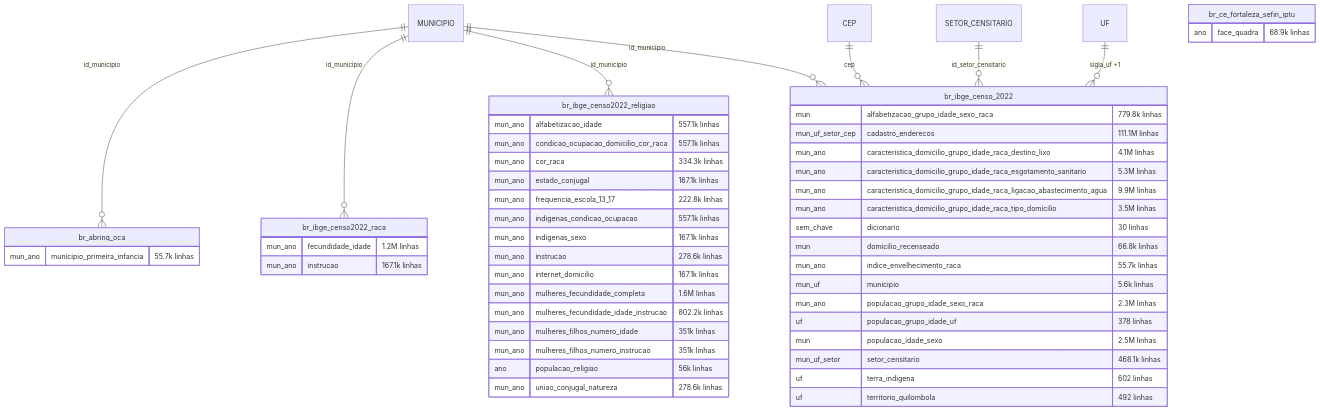
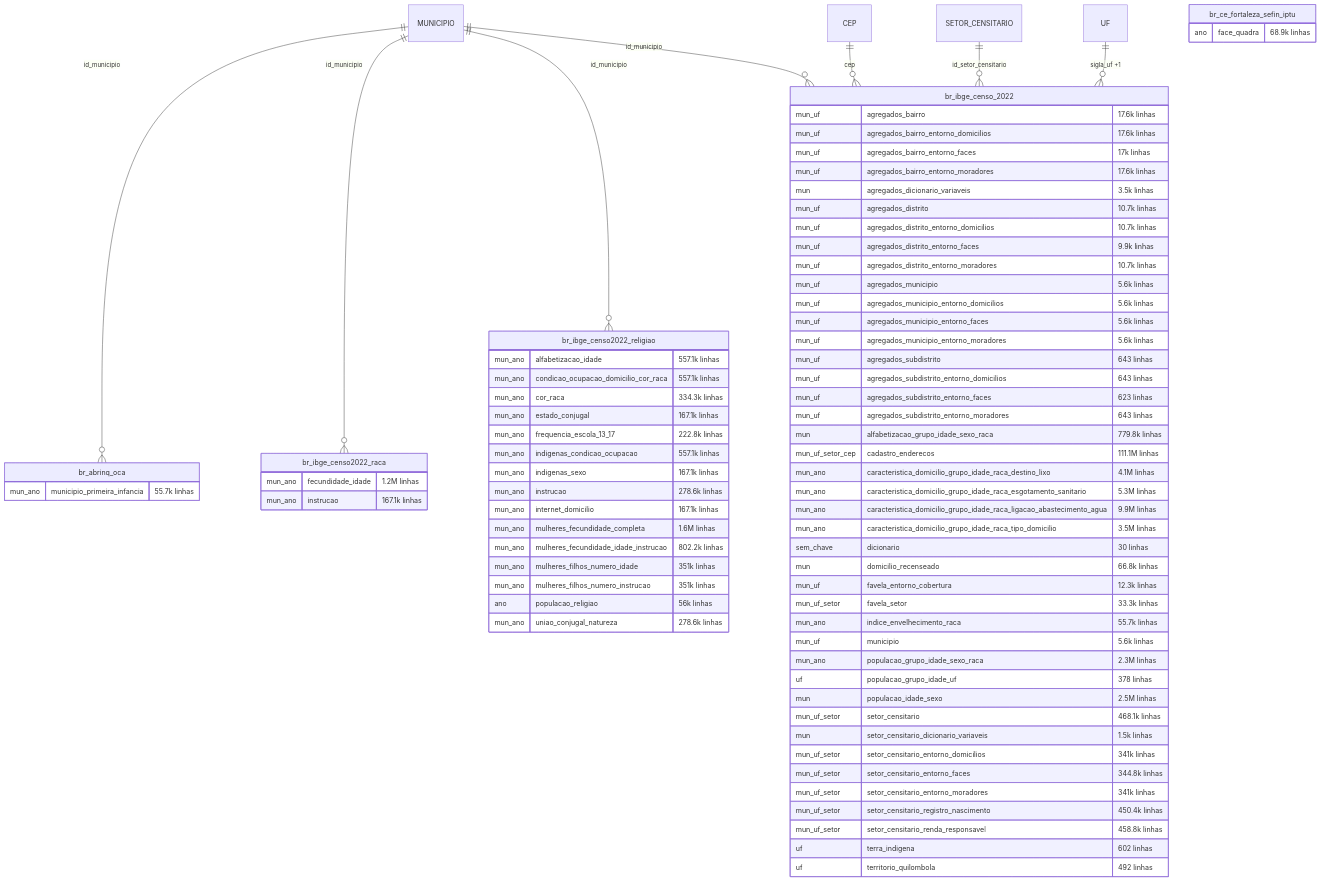
One commit to rafapolo/rodado changed diagram 24 of 30 in docs/mapa/ERD.md. Above: the diagram before and after it, drawn with Mermaid. The commit also changed other lines of this file and 7 other files, not shown here.

````diff
--- a/docs/mapa/ERD.md
+++ b/docs/mapa/ERD.md
@@ -2043,55 +2188,80 @@
 ```mermaid
 erDiagram
     MUNICIPIO ||--o{ br_abrinq_oca : "id_municipio"
     MUNICIPIO ||--o{ br_ibge_censo2022_raca : "id_municipio"
     MUNICIPIO ||--o{ br_ibge_censo2022_religiao : "id_municipio"
     CEP ||--o{ br_ibge_censo_2022 : "cep"
     MUNICIPIO ||--o{ br_ibge_censo_2022 : "id_municipio"
     SETOR_CENSITARIO ||--o{ br_ibge_censo_2022 : "id_setor_censitario"
     UF ||--o{ br_ibge_censo_2022 : "sigla_uf +1"
     br_abrinq_oca {
         mun_ano municipio_primeira_infancia "55.7k linhas"
     }
     br_ce_fortaleza_sefin_iptu {
         ano face_quadra "68.9k linhas"
     }
     br_ibge_censo2022_raca {
         mun_ano fecundidade_idade "1.2M linhas"
         mun_ano instrucao "167.1k linhas"
     }
     br_ibge_censo2022_religiao {
         mun_ano alfabetizacao_idade "557.1k linhas"
         mun_ano condicao_ocupacao_domicilio_cor_raca "557.1k linhas"
         mun_ano cor_raca "334.3k linhas"
         mun_ano estado_conjugal "167.1k linhas"
         mun_ano frequencia_escola_13_17 "222.8k linhas"
         mun_ano indigenas_condicao_ocupacao "557.1k linhas"
         mun_ano indigenas_sexo "167.1k linhas"
         mun_ano instrucao "278.6k linhas"
         mun_ano internet_domicilio "167.1k linhas"
         mun_ano mulheres_fecundidade_completa "1.6M linhas"
         mun_ano mulheres_fecundidade_idade_instrucao "802.2k linhas"
         mun_ano mulheres_filhos_numero_idade "351k linhas"
         mun_ano mulheres_filhos_numero_instrucao "351k linhas"
         ano populacao_religiao "56k linhas"
         mun_ano uniao_conjugal_natureza "278.6k linhas"
     }
     br_ibge_censo_2022 {
+        mun_uf agregados_bairro "17.6k linhas"
+        mun_uf agregados_bairro_entorno_domicilios "17.6k linhas"
+        mun_uf agregados_bairro_entorno_faces "17k linhas"
+        mun_uf agregados_bairro_entorno_moradores "17.6k linhas"
+        mun agregados_dicionario_variaveis "3.5k linhas"
+        mun_uf agregados_distrito "10.7k linhas"
+        mun_uf agregados_distrito_entorno_domicilios "10.7k linhas"
+        mun_uf agregados_distrito_entorno_faces "9.9k linhas"
+        mun_uf agregados_distrito_entorno_moradores "10.7k linhas"
+        mun_uf agregados_municipio "5.6k linhas"
+        mun_uf agregados_municipio_entorno_domicilios "5.6k linhas"
+        mun_uf agregados_municipio_entorno_faces "5.6k linhas"
+        mun_uf agregados_municipio_entorno_moradores "5.6k linhas"
+        mun_uf agregados_subdistrito "643 linhas"
+        mun_uf agregados_subdistrito_entorno_domicilios "643 linhas"
+        mun_uf agregados_subdistrito_entorno_faces "623 linhas"
+        mun_uf agregados_subdistrito_entorno_moradores "643 linhas"
         mun alfabetizacao_grupo_idade_sexo_raca "779.8k linhas"
         mun_uf_setor_cep cadastro_enderecos "111.1M linhas"
         mun_ano caracteristica_domicilio_grupo_idade_raca_destino_lixo "4.1M linhas"
         mun_ano caracteristica_domicilio_grupo_idade_raca_esgotamento_sanitario "5.3M linhas"
         mun_ano caracteristica_domicilio_grupo_idade_raca_ligacao_abastecimento_agua "9.9M linhas"
         mun_ano caracteristica_domicilio_grupo_idade_raca_tipo_domicilio "3.5M linhas"
         sem_chave dicionario "30 linhas"
         mun domicilio_recenseado "66.8k linhas"
+        mun_uf favela_entorno_cobertura "12.3k linhas"
+        mun_uf_setor favela_setor "33.3k linhas"
         mun_ano indice_envelhecimento_raca "55.7k linhas"
         mun_uf municipio "5.6k linhas"
         mun_ano populacao_grupo_idade_sexo_raca "2.3M linhas"
         uf populacao_grupo_idade_uf "378 linhas"
         mun populacao_idade_sexo "2.5M linhas"
         mun_uf_setor setor_censitario "468.1k linhas"
+        mun setor_censitario_dicionario_variaveis "1.5k linhas"
+        mun_uf_setor setor_censitario_entorno_domicilios "341k linhas"
+        mun_uf_setor setor_censitario_entorno_faces "344.8k linhas"
+        mun_uf_setor setor_censitario_entorno_moradores "341k linhas"
+        mun_uf_setor setor_censitario_registro_nascimento "450.4k linhas"
+        mun_uf_setor setor_censitario_renda_responsavel "458.8k linhas"
         uf terra_indigena "602 linhas"
         uf territorio_quilombola "492 linhas"
     }
 ```
````
